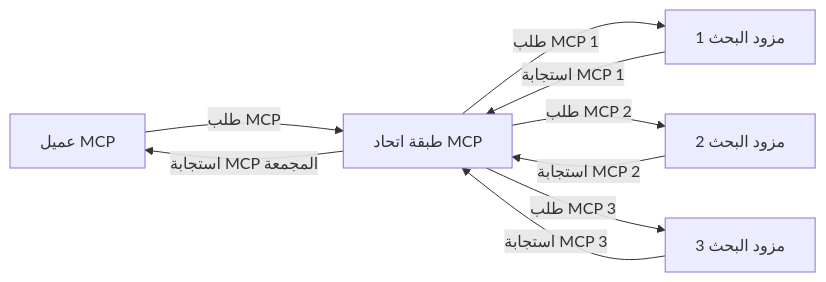
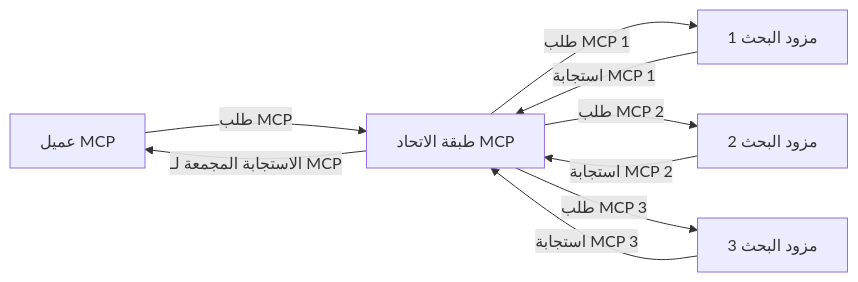
Before and after one commit to microsoft/mcp-for-beginners: the third of 4 diagrams in translations/ar/05-AdvancedTopics/mcp-realtimesearch/README.md, drawn with Mermaid. The commit also changed other lines of this file and 136 other files, not shown here.

````diff
--- a/translations/ar/05-AdvancedTopics/mcp-realtimesearch/README.md
+++ b/translations/ar/05-AdvancedTopics/mcp-realtimesearch/README.md
@@ -611,11 +612,11 @@
 ```mermaid
 graph LR
-    Client[عميل MCP] --> |طلب MCP| Federation[طبقة اتحاد MCP]
+    Client[عميل MCP] --> |طلب MCP| Federation[طبقة الاتحاد MCP]
     Federation --> |طلب MCP 1| Search1[مزود البحث 1]
     Federation --> |طلب MCP 2| Search2[مزود البحث 2]
     Federation --> |طلب MCP 3| Search3[مزود البحث 3]
     Search1 --> |استجابة MCP 1| Federation
     Search2 --> |استجابة MCP 2| Federation
     Search3 --> |استجابة MCP 3| Federation
-    Federation --> |استجابة MCP المجمعة| Client
+    Federation --> |الاستجابة المجمعة لـ MCP| Client
 ```
````
